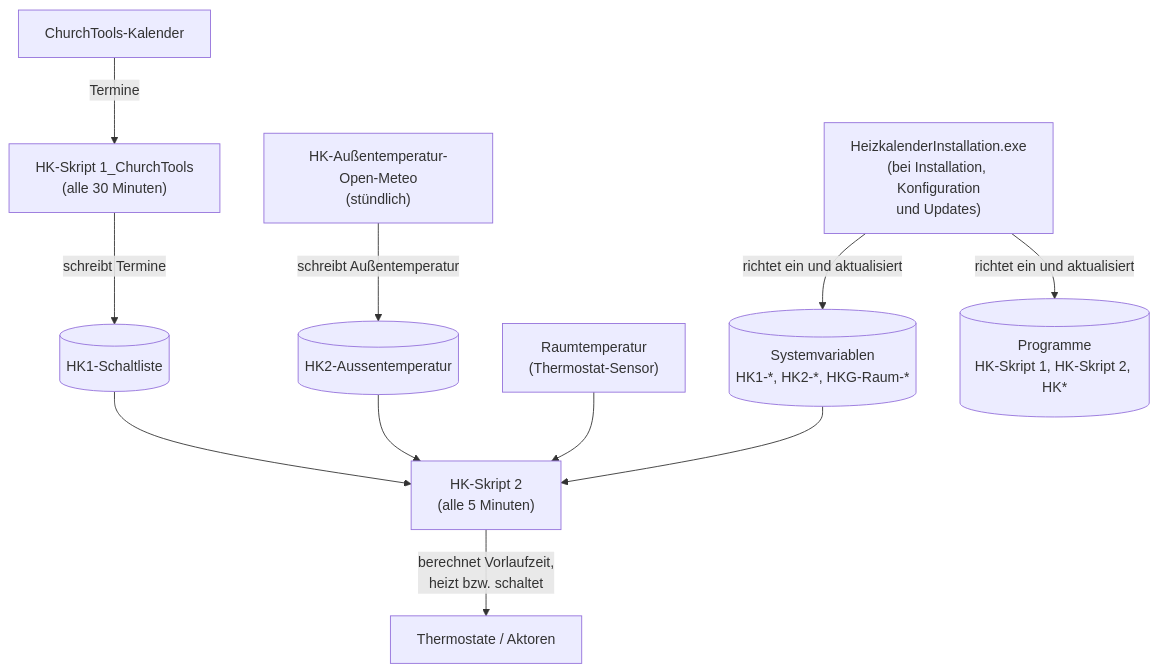
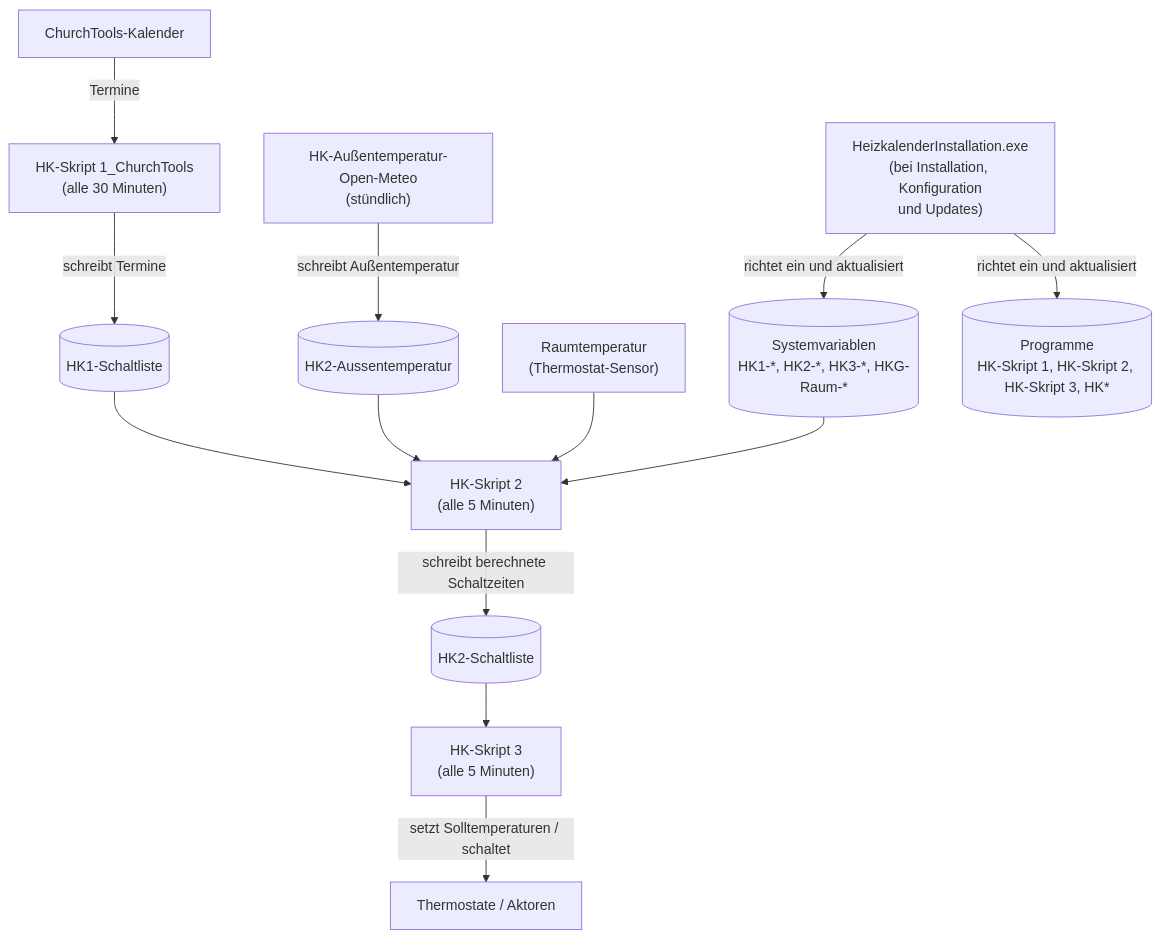
The diagram in docs/index.md (xMRi/Homematic-Heizungskalender), drawn with Mermaid before and after one commit. The commit also changed other lines of this file and 6 other files, not shown here.

````diff
--- a/docs/index.md
+++ b/docs/index.md
@@ -36,17 +36,19 @@
 ```mermaid
 flowchart TD
     OpenMeteo["HK-Außentemperatur-Open-Meteo<br/>(stündlich)"] -->|"schreibt Außentemperatur"| ATVar[("HK2-Aussentemperatur")]
 
     CT["ChurchTools-Kalender"] -->|"Termine"| Skript1["HK-Skript 1_ChurchTools<br/>(alle 30 Minuten)"]
     Skript1 -->|"schreibt Termine"| Schaltliste[("HK1-Schaltliste")]
 
     Schaltliste --> Skript2["HK-Skript 2<br/>(alle 5 Minuten)"]
     ATVar --> Skript2
     Raumtemp["Raumtemperatur<br/>(Thermostat-Sensor)"] --> Skript2
     SysVar --> Skript2
-    Skript2 -->|"berechnet Vorlaufzeit,<br/>heizt bzw. schaltet"| Thermostate["Thermostate / Aktoren"]
+    Skript2 -->|"schreibt berechnete Schaltzeiten"| Schaltliste2[("HK2-Schaltliste")]
+    Schaltliste2 --> Skript3["HK-Skript 3<br/>(alle 5 Minuten)"]
+    Skript3 -->|"setzt Solltemperaturen / schaltet"| Thermostate["Thermostate / Aktoren"]
 
     Installationsprogramm["HeizkalenderInstallation.exe<br/>(bei Installation, Konfiguration<br/>und Updates)"]
-    Installationsprogramm -->|"richtet ein und aktualisiert"| Programme[("Programme<br/>HK-Skript 1, HK-Skript 2, HK*")]
-    Installationsprogramm -->|"richtet ein und aktualisiert"| SysVar[("Systemvariablen<br/>HK1-*, HK2-*, HKG-Raum-*")]
+    Installationsprogramm -->|"richtet ein und aktualisiert"| Programme[("Programme<br/>HK-Skript 1, HK-Skript 2, HK-Skript 3, HK*")]
+    Installationsprogramm -->|"richtet ein und aktualisiert"| SysVar[("Systemvariablen<br/>HK1-*, HK2-*, HK3-*, HKG-Raum-*")]
 ```
````
